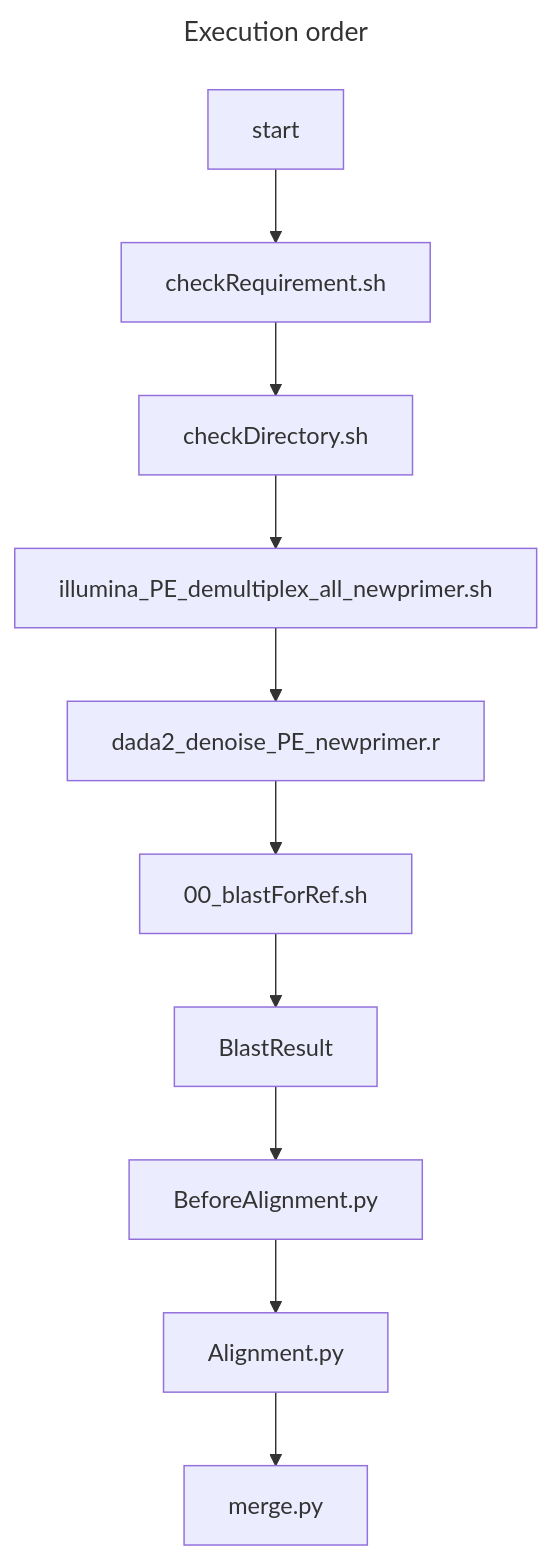
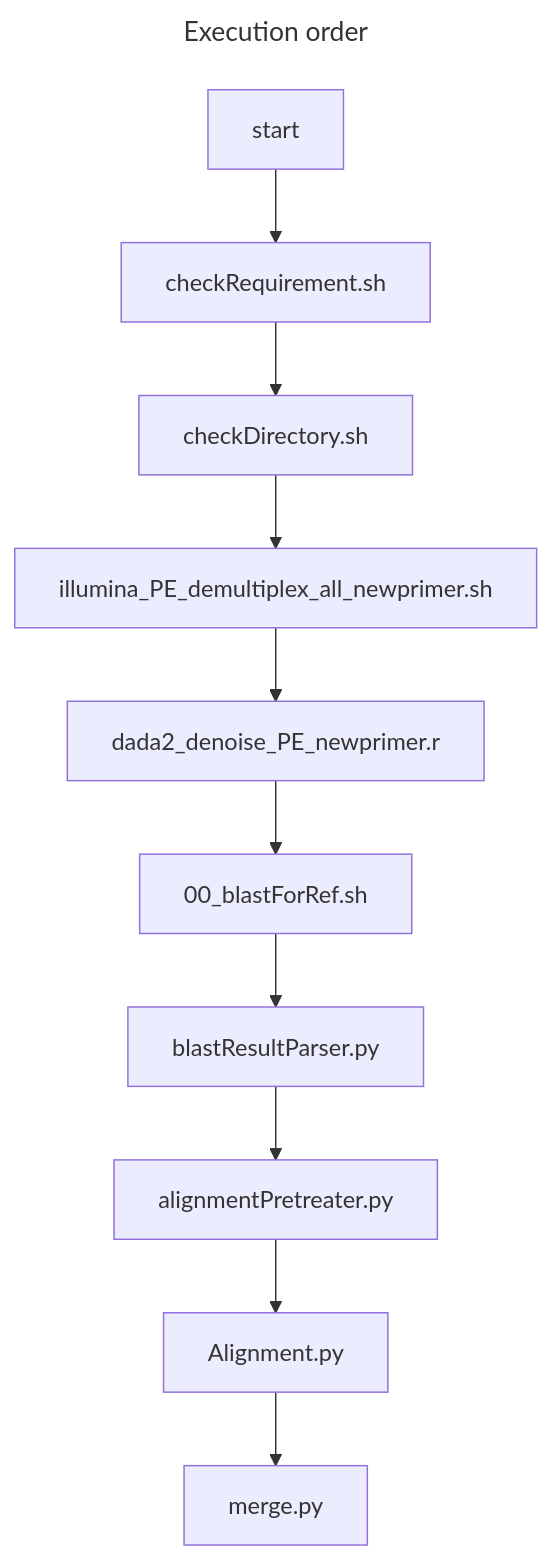
Before and after one commit to PowerBarcoder/PowerBarcoder: the first of 2 diagrams in main/readme.md, drawn with Mermaid. The commit also changed other lines of this file and 3 other files, not shown here.

Commit message:
[modify] rbcLC 10N 27% 檢查誰要做序列反轉、BeforeAlignment.py改名為alignmentPretreater.py

````diff
--- a/main/readme.md
+++ b/main/readme.md
@@ -59,15 +60,15 @@
 ```mermaid
 ---
 title: Execution order
 ---
  graph TD
     A[start] -->B[checkRequirement.sh]
     B --> C[checkDirectory.sh]
     C --> D[illumina_PE_demultiplex_all_newprimer.sh]
     D --> E[dada2_denoise_PE_newprimer.r]
     E --> F[00_blastForRef.sh]
-    F --> G[BlastResult]
-    G --> H[BeforeAlignment.py]
+    F --> G[blastResultParser.py]
+    G --> H[alignmentPretreater.py]
     H --> I[Alignment.py]
     I --> J[merge.py]
 ```
````
